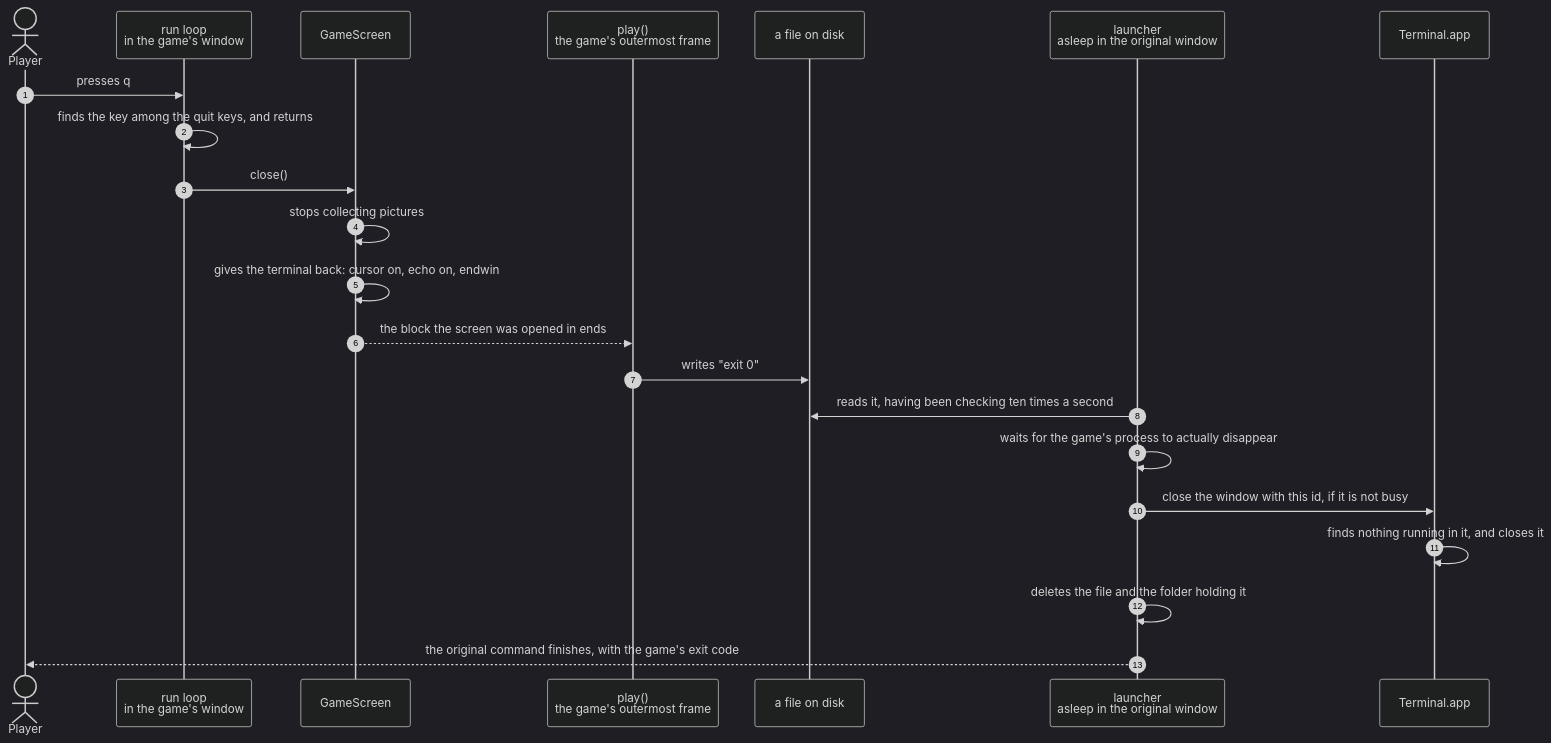
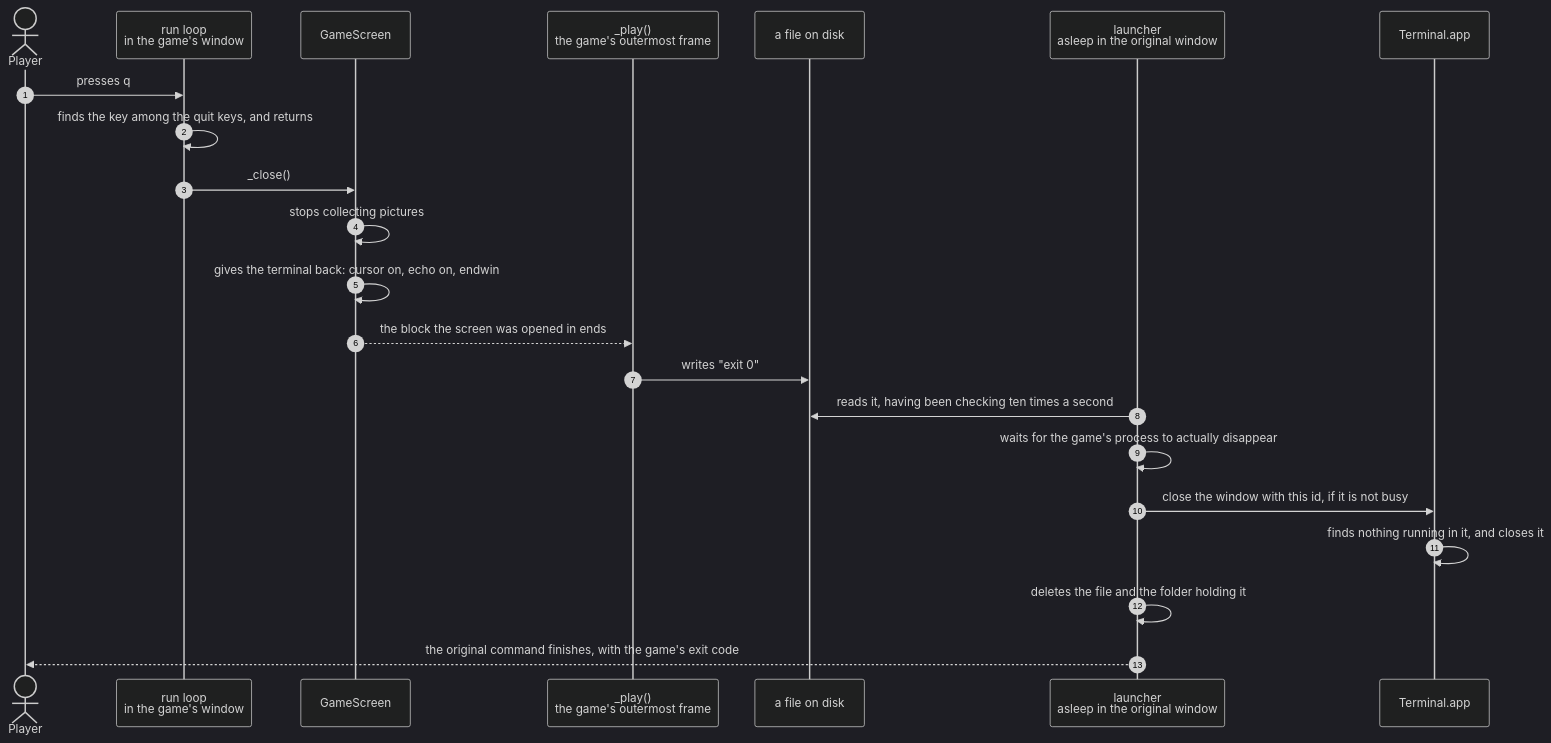
Before and after one commit to replicant1/TerminalGame: the diagram in docs/scenarios/a-quit-key-ends-the-game-and-closes-the-window.md, drawn with Mermaid (dark theme). The commit also changed 10 other files, not shown here.

````diff
--- a/docs/scenarios/a-quit-key-ends-the-game-and-closes-the-window.md
+++ b/docs/scenarios/a-quit-key-ends-the-game-and-closes-the-window.md
@@ -34,25 +34,25 @@
 ```mermaid
 sequenceDiagram
     autonumber
     actor Player
     participant Main as run loop<br/>in the game's window
     participant Screen as GameScreen
-    participant Play as play()<br/>the game's outermost frame
+    participant Play as _play()<br/>the game's outermost frame
     participant Sentinel as a file on disk
     participant Launcher as launcher<br/>asleep in the original window
     participant Terminal as Terminal.app
 
     Player->>Main: presses q
     Main->>Main: finds the key among the quit keys, and returns
-    Main->>Screen: close()
+    Main->>Screen: _close()
     Screen->>Screen: stops collecting pictures
     Screen->>Screen: gives the terminal back: cursor on, echo on, endwin
     Screen-->>Play: the block the screen was opened in ends
     Play->>Sentinel: writes "exit 0"
     Launcher->>Sentinel: reads it, having been checking ten times a second
     Launcher->>Launcher: waits for the game's process to actually disappear
     Launcher->>Terminal: close the window with this id, if it is not busy
     Terminal->>Terminal: finds nothing running in it, and closes it
     Launcher->>Launcher: deletes the file and the folder holding it
     Launcher-->>Player: the original command finishes, with the game's exit code
 ```
````
